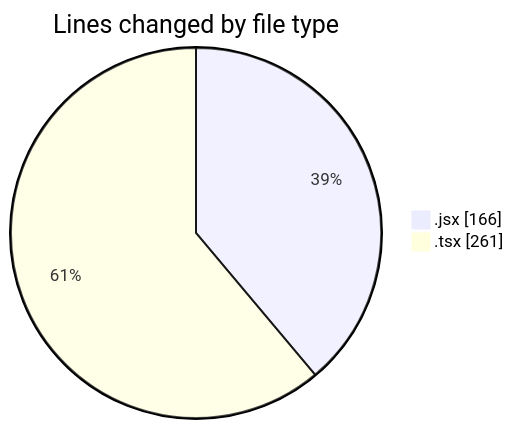
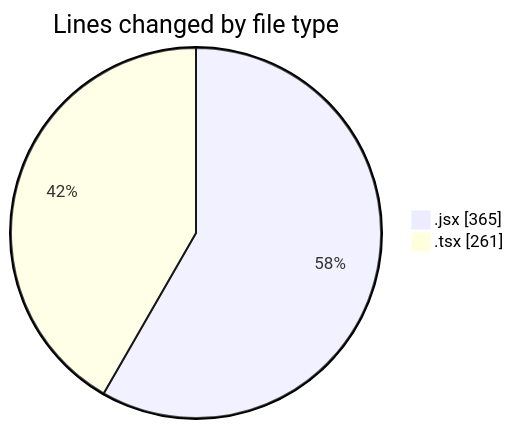
Before and after one commit to momahboobian/code-tracking: the first of 2 diagrams in 2026-02-11/cda/README.md, drawn with Mermaid. The commit also changed other lines of this file and 1 other file, not shown here.

````diff
--- a/2026-02-11/cda/README.md
+++ b/2026-02-11/cda/README.md
@@ -23,6 +23,6 @@
 ```mermaid
 pie showData
 title Lines changed by file type
-".jsx" : 166
+".jsx" : 365
 ".tsx" : 261
 ```
````
